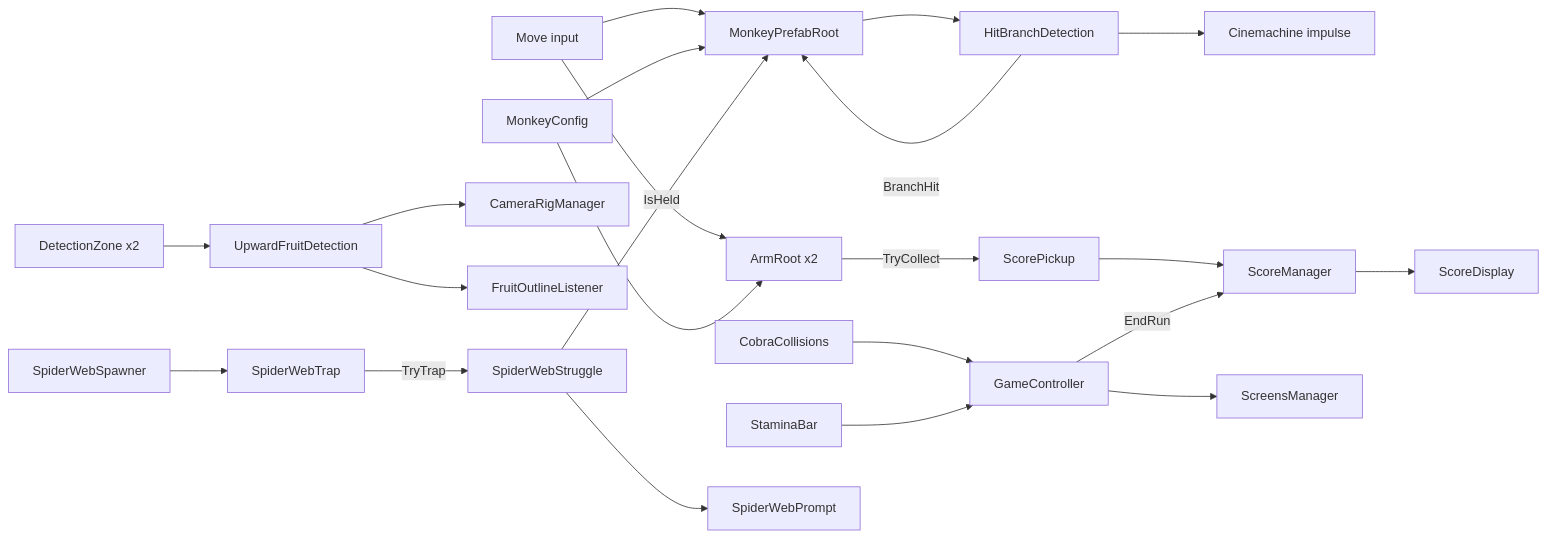
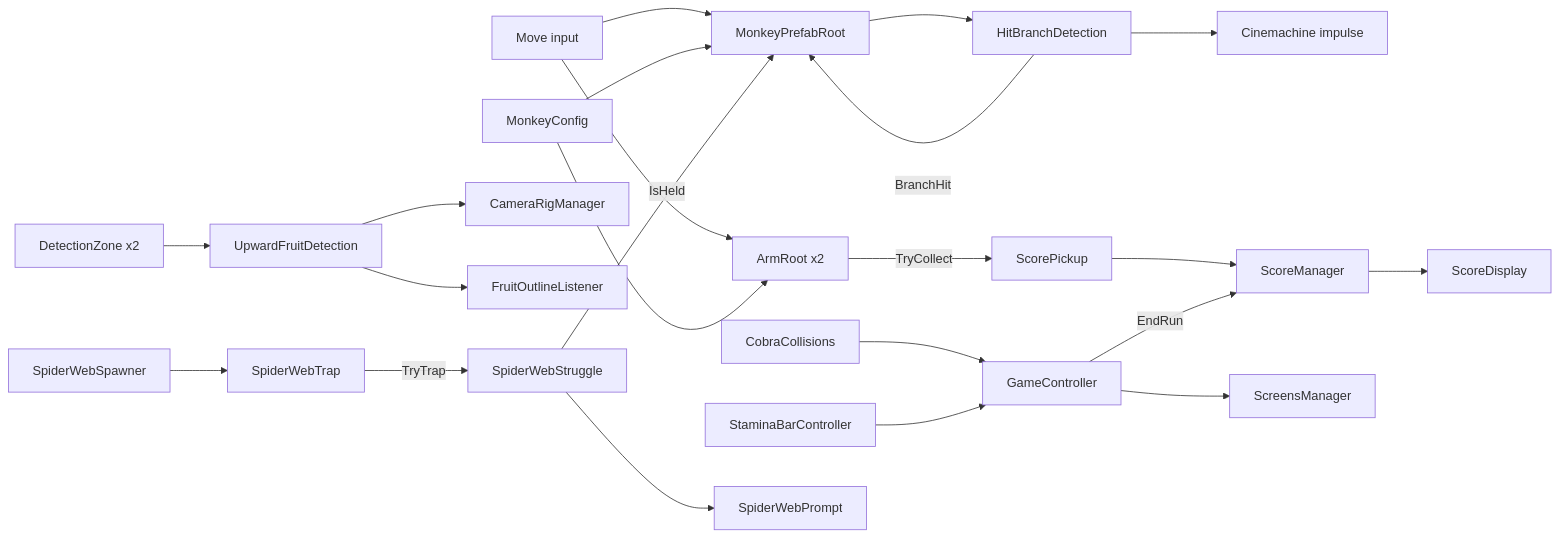
One commit to kami-lel/monkobra changed the diagram in CONTEXT.md. Above: the diagram before and after it, drawn with Mermaid. The commit also changed other lines of this file and 8 other files, not shown here.

First line of the commit message:
rename StaminaBar -> StaminaBarController; add StaminaBarAnimator for fruit-pickup punch & empty-move shake feedback

````diff
--- a/CONTEXT.md
+++ b/CONTEXT.md
@@ -56,24 +56,24 @@
 ```mermaid
 graph LR
   Input[Move input] --> Root[MonkeyPrefabRoot]
   Input --> Arm[ArmRoot x2]
   Cfg[MonkeyConfig] --> Root
   Cfg --> Arm
   Root --> Hit[HitBranchDetection]
   Hit -->|BranchHit| Root
   Hit --> Shake[Cinemachine impulse]
   Zones[DetectionZone x2] --> Fruit[UpwardFruitDetection]
   Fruit --> Cam[CameraRigManager]
   Fruit --> Outline[FruitOutlineListener]
   Arm -->|TryCollect| Pickup[ScorePickup]
   Pickup --> Score[ScoreManager]
   Score --> ScoreUI[ScoreDisplay]
   Cobra[CobraCollisions] --> Game[GameController]
-  Stamina[StaminaBar] --> Game
+  Stamina[StaminaBarController] --> Game
   Game --> Screens[ScreensManager]
   Game -->|EndRun| Score
   Spawner[SpiderWebSpawner] --> Web[SpiderWebTrap]
   Web -->|TryTrap| Struggle[SpiderWebStruggle]
   Struggle -->|IsHeld| Root
   Struggle --> Prompt[SpiderWebPrompt]
 ```
````
